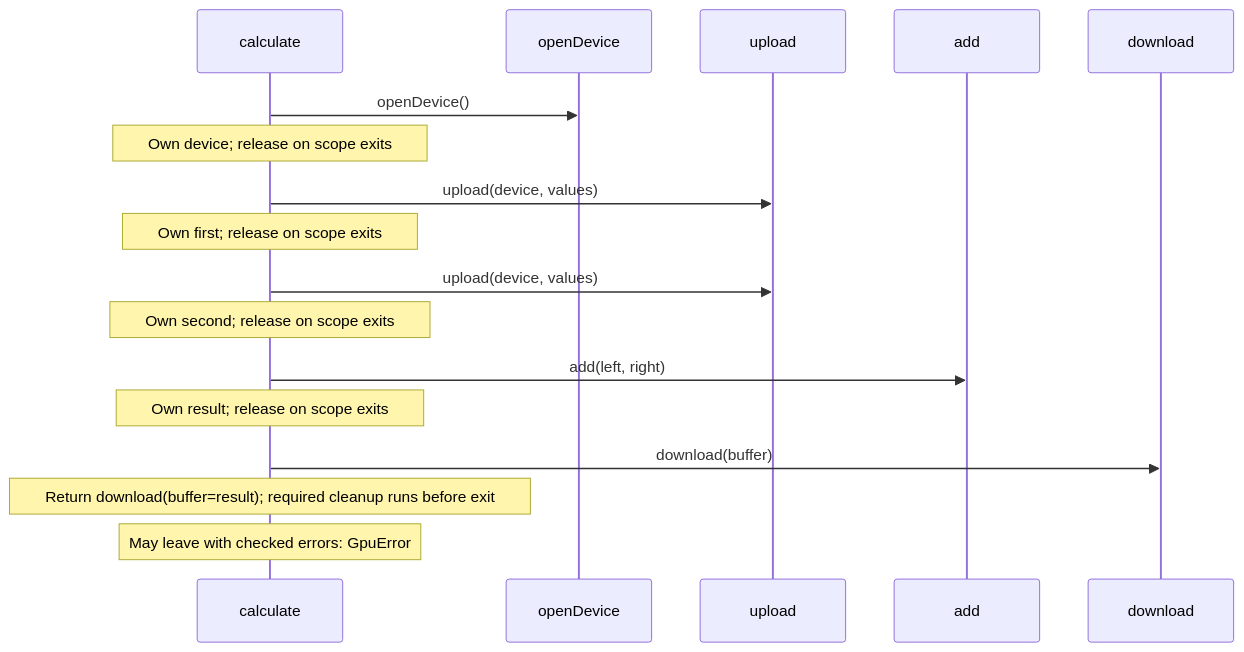
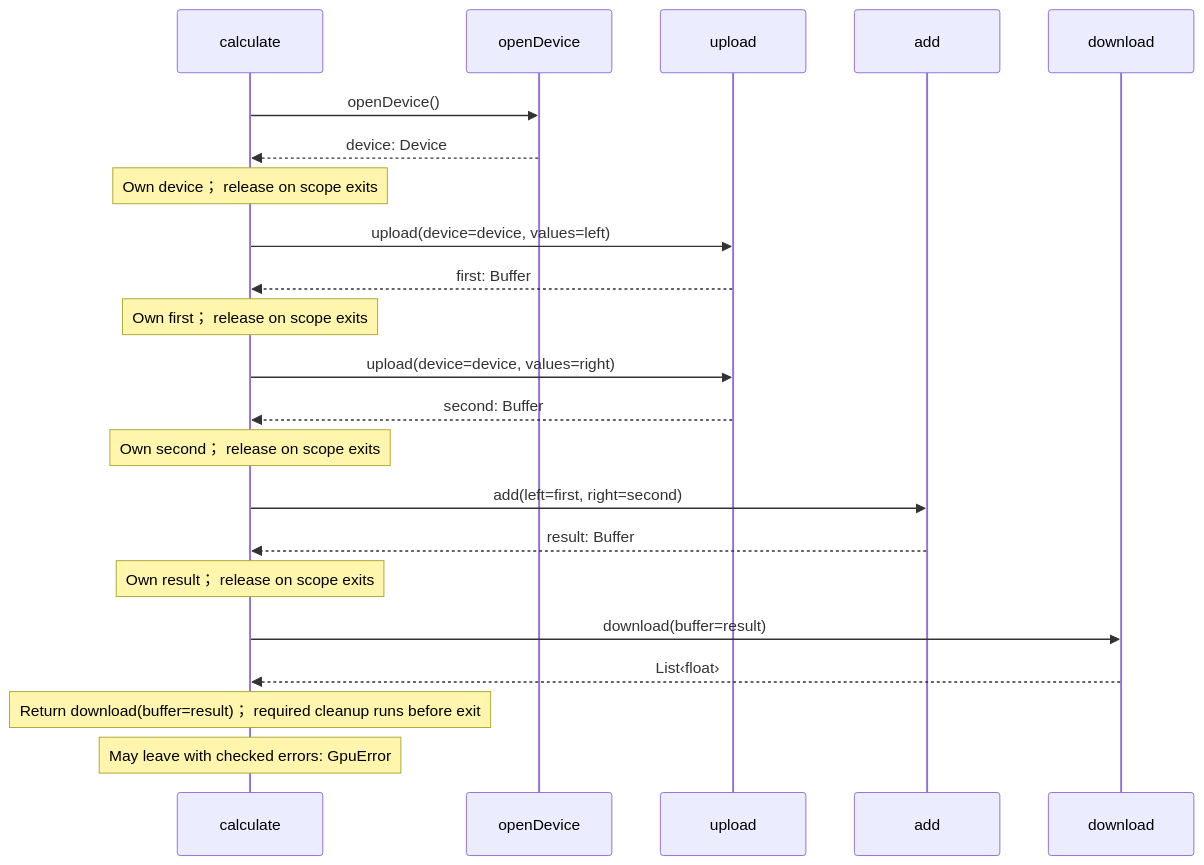
Before and after one commit to GreenPandaStudios/augscript: the second of 2 diagrams in docs/examples/native-gpu/compute-diagrams.md, drawn with Mermaid. The commit also changed other lines of this file and 524 other files, not shown here.

Commit message:
Explain checked data flow at folder and service levels

````diff
--- a/docs/examples/native-gpu/compute-diagrams.md
+++ b/docs/examples/native-gpu/compute-diagrams.md
@@ -48,19 +47,24 @@
 ```mermaid
 sequenceDiagram
     participant p0 as calculate
     participant p1 as openDevice
     participant p2 as upload
     participant p3 as add
     participant p4 as download
     p0->>p1: openDevice()
-    Note over p0: Own device#59; release on scope exits
-    p0->>p2: upload(device, values)
-    Note over p0: Own first#59; release on scope exits
-    p0->>p2: upload(device, values)
-    Note over p0: Own second#59; release on scope exits
-    p0->>p3: add(left, right)
-    Note over p0: Own result#59; release on scope exits
-    p0->>p4: download(buffer)
-    Note over p0: Return download(buffer=result)#59; required cleanup runs before exit
+    p1-->>p0: device: Device
+    Note over p0: Own device； release on scope exits
+    p0->>p2: upload(device=device, values=left)
+    p2-->>p0: first: Buffer
+    Note over p0: Own first； release on scope exits
+    p0->>p2: upload(device=device, values=right)
+    p2-->>p0: second: Buffer
+    Note over p0: Own second； release on scope exits
+    p0->>p3: add(left=first, right=second)
+    p3-->>p0: result: Buffer
+    Note over p0: Own result； release on scope exits
+    p0->>p4: download(buffer=result)
+    p4-->>p0: List‹float›
+    Note over p0: Return download(buffer=result)； required cleanup runs before exit
     Note over p0: May leave with checked errors: GpuError
 ```
````
